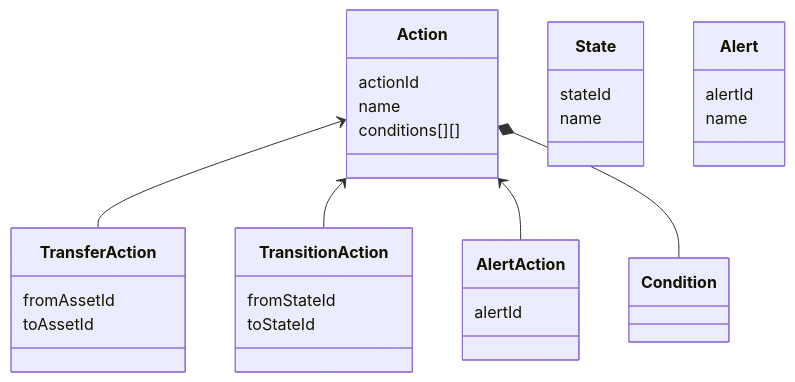
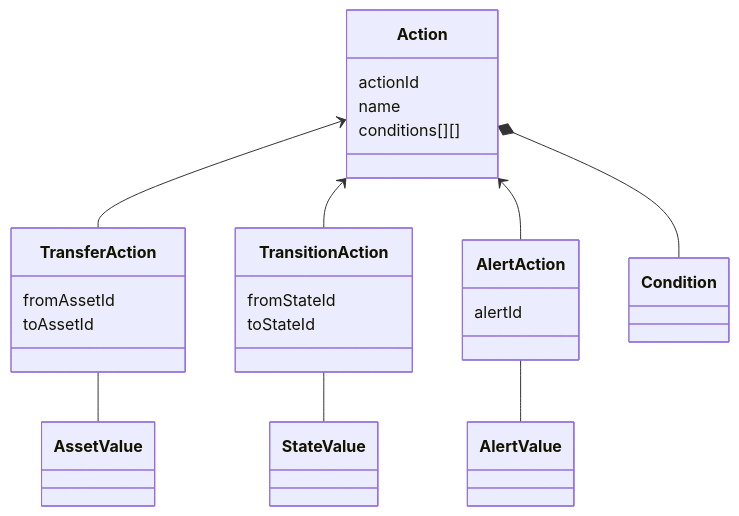
The third of 6 diagrams in README.md (hmzk0312/FinancesDSL), drawn with Mermaid before and after one commit. The commit also changed other lines of this file, not shown here.

Commit message:
README.md を更新

````diff
--- a/README.md
+++ b/README.md
@@ -98,37 +102,30 @@
 ```mermaid
 classDiagram
     Action <-- TransferAction
     Action <-- TransitionAction
     Action <-- AlertAction
     Action *-- Condition
+    TransferAction -- AssetValue
+    TransitionAction -- StateValue
+    AlertAction -- AlertValue
 
 class Action{
     actionId
     name
     conditions[][]
 }
 
 class TransferAction{
     fromAssetId
     toAssetId
 }
 
 class TransitionAction{
     fromStateId
     toStateId
 }
 
 class AlertAction{
     alertId
 }
-
-class State{
-    stateId
-    name
-}
-
-class Alert{
-    alertId
-    name
-}
 ```
````
